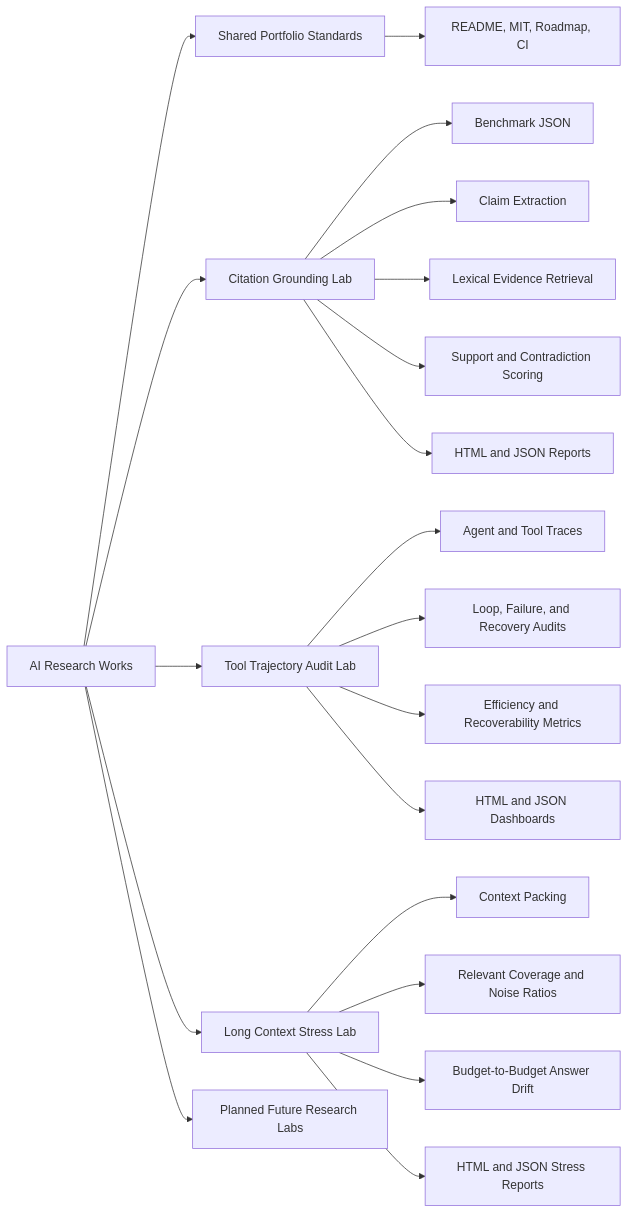
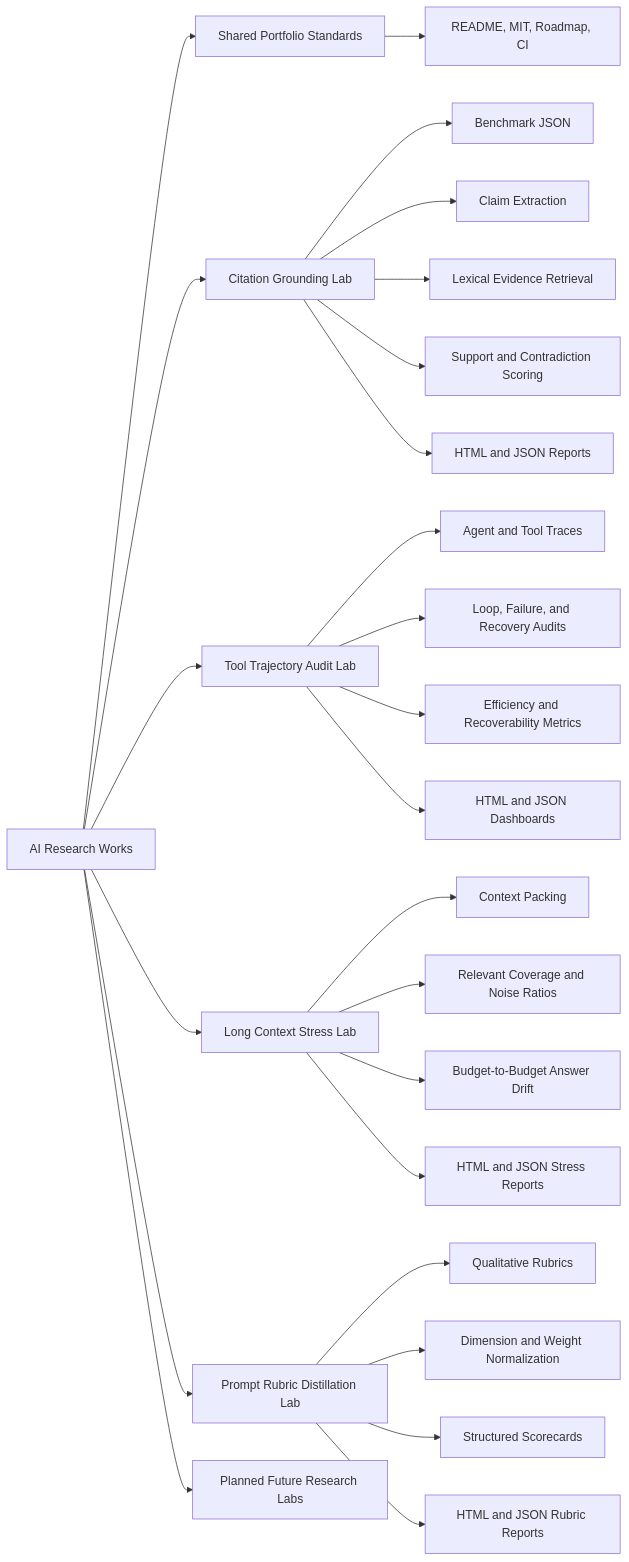
The diagram in README.md (akifitu/ai-research-works), drawn with Mermaid before and after one commit. The commit also changed other lines of this file and 19 other files, not shown here.

Commit message:
Add prompt rubric distillation lab to AI research works

````diff
--- a/README.md
+++ b/README.md
@@ -22,22 +22,27 @@
 ```mermaid
 flowchart LR
     Repo[AI Research Works] --> Standards[Shared Portfolio Standards]
     Repo --> CGL[Citation Grounding Lab]
     Repo --> TTAL[Tool Trajectory Audit Lab]
     Repo --> LCSL[Long Context Stress Lab]
+    Repo --> PRDL[Prompt Rubric Distillation Lab]
     Standards --> Docs[README, MIT, Roadmap, CI]
     CGL --> Benchmarks[Benchmark JSON]
     CGL --> Claims[Claim Extraction]
     CGL --> Retrieval[Lexical Evidence Retrieval]
     CGL --> Grounding[Support and Contradiction Scoring]
     CGL --> Reports[HTML and JSON Reports]
     TTAL --> Traces[Agent and Tool Traces]
     TTAL --> Audit[Loop, Failure, and Recovery Audits]
     TTAL --> Metrics[Efficiency and Recoverability Metrics]
     TTAL --> Dashboards[HTML and JSON Dashboards]
     LCSL --> Packing[Context Packing]
     LCSL --> Coverage[Relevant Coverage and Noise Ratios]
     LCSL --> Drift[Budget-to-Budget Answer Drift]
     LCSL --> StressReports[HTML and JSON Stress Reports]
+    PRDL --> Rubrics[Qualitative Rubrics]
+    PRDL --> Normalize[Dimension and Weight Normalization]
+    PRDL --> Scorecards[Structured Scorecards]
+    PRDL --> RubricReports[HTML and JSON Rubric Reports]
     Repo --> Roadmap[Planned Future Research Labs]
 ```
````
